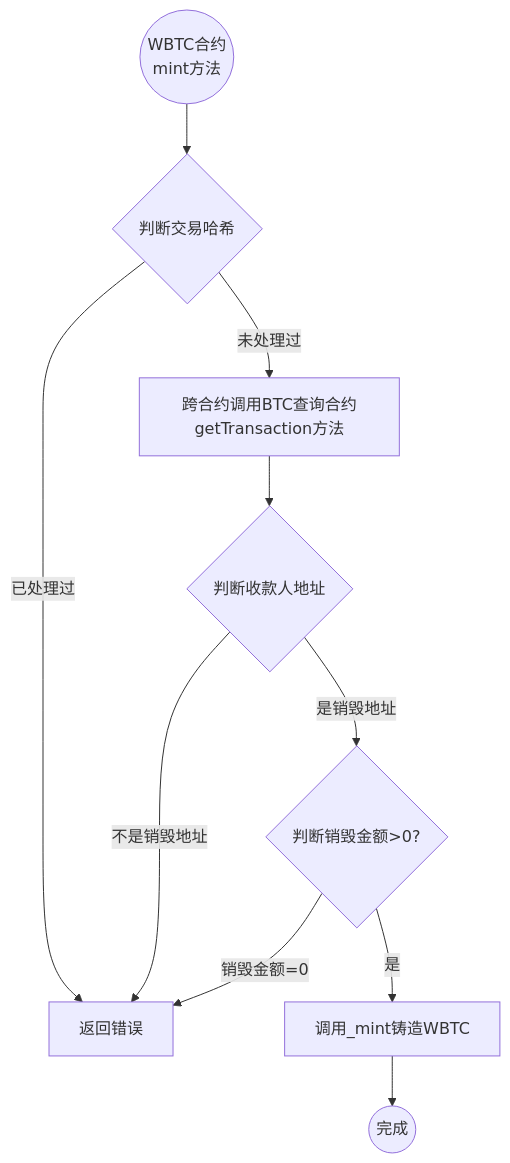
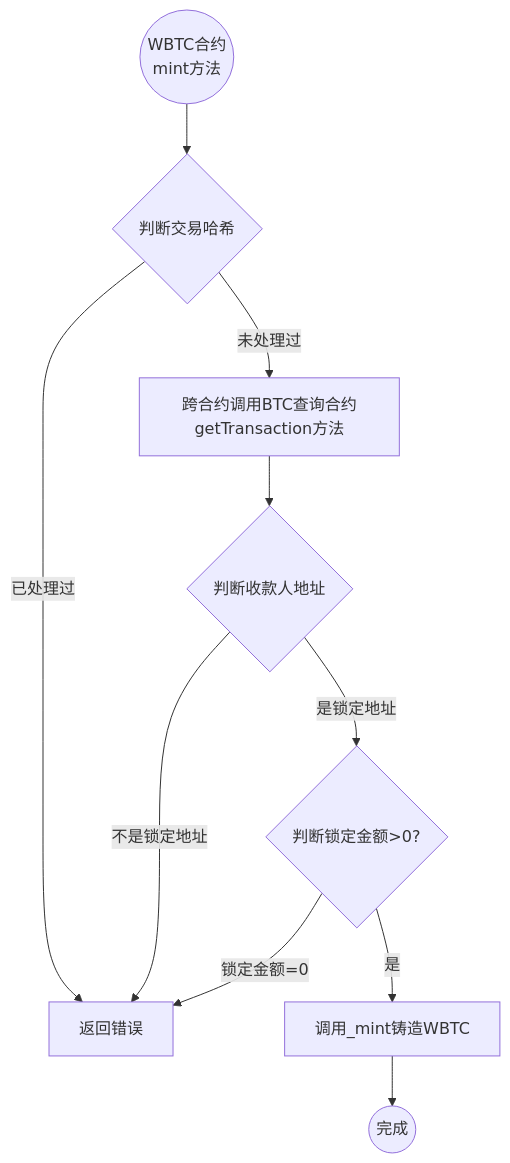
Before and after one commit to bxelab/whitepaper: the second of 2 diagrams in WhitePaper_CN.md, drawn with Mermaid. The commit also changed other lines of this file, not shown here.

````diff
--- a/WhitePaper_CN.md
+++ b/WhitePaper_CN.md
@@ -288,12 +296,12 @@
 ```mermaid
 flowchart TD
     Start((WBTC合约\nmint方法)) --> A
     A{判断交易哈希} -->|已处理过| E[返回错误]
     A -->|未处理过| C[跨合约调用BTC查询合约getTransaction方法]
     C --> D{判断收款人地址}
-    D -->|不是销毁地址| E[返回错误]
-    D -->|是销毁地址| F{判断销毁金额>0?}
-    F -->|销毁金额=0| E[返回错误]
+    D -->|不是锁定地址| E[返回错误]
+    D -->|是锁定地址| F{判断锁定金额>0?}
+    F -->|锁定金额=0| E[返回错误]
     F -->|是| H[调用_mint铸造WBTC]
     H -->  End((完成))
 ```
````
